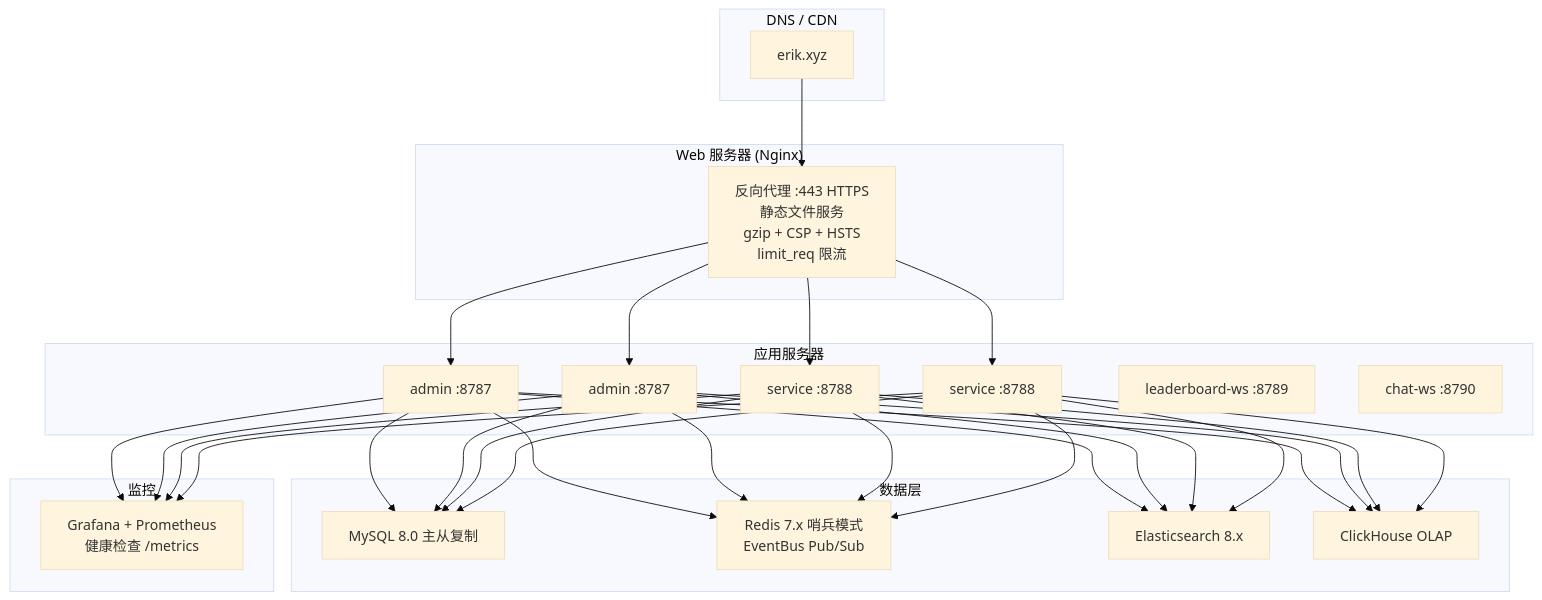
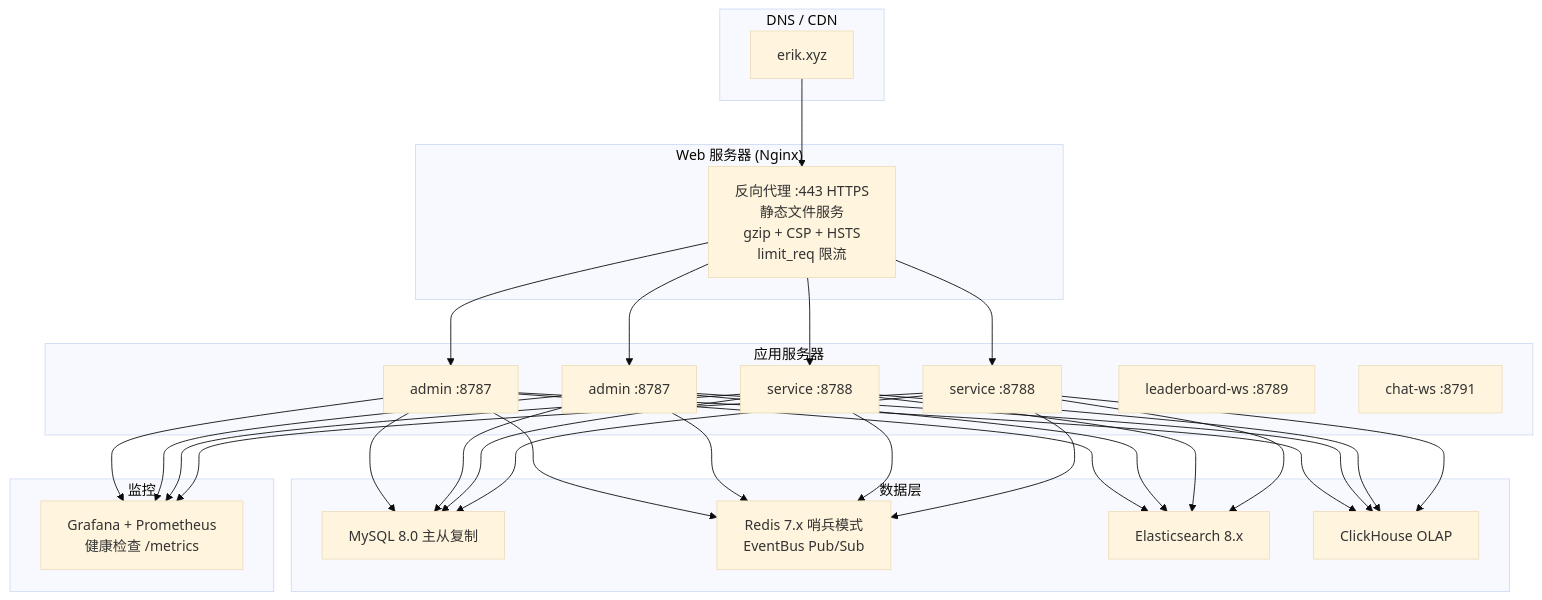
The second of 2 diagrams in docs/ARCHITECTURE.md (erikwang2013/game-platform-php), drawn with Mermaid (base theme) before and after one commit. The commit also changed other lines of this file and 10 other files, not shown here.

````diff
--- a/docs/ARCHITECTURE.md
+++ b/docs/ARCHITECTURE.md
@@ -307,35 +307,35 @@
 ```mermaid
 flowchart TB
     subgraph "DNS / CDN"
         DNS["erik.xyz"]
     end
 
     subgraph "Web 服务器 (Nginx)"
         NGX["反向代理 :443 HTTPS<br/>静态文件服务<br/>gzip + CSP + HSTS<br/>limit_req 限流"]
     end
 
     subgraph "应用服务器"
         ADM1["admin :8787"]
         ADM2["admin :8787"]
         SVC1["service :8788"]
         SVC2["service :8788"]
         WS1["leaderboard-ws :8789"]
-        WS2["chat-ws :8790"]
+        WS2["chat-ws :8791"]
     end
 
     subgraph "数据层"
         MYSQL["MySQL 8.0 主从复制"]
         REDIS["Redis 7.x 哨兵模式<br/>EventBus Pub/Sub"]
         ES["Elasticsearch 8.x"]
         CH["ClickHouse OLAP"]
     end
 
     subgraph "监控"
         MON["Grafana + Prometheus<br/>健康检查 /metrics"]
     end
 
     DNS --> NGX
     NGX --> ADM1 & ADM2 & SVC1 & SVC2
     ADM1 & ADM2 & SVC1 & SVC2 --> MYSQL & REDIS & ES & CH
     ADM1 & ADM2 & SVC1 & SVC2 --> MON
 ```
````
